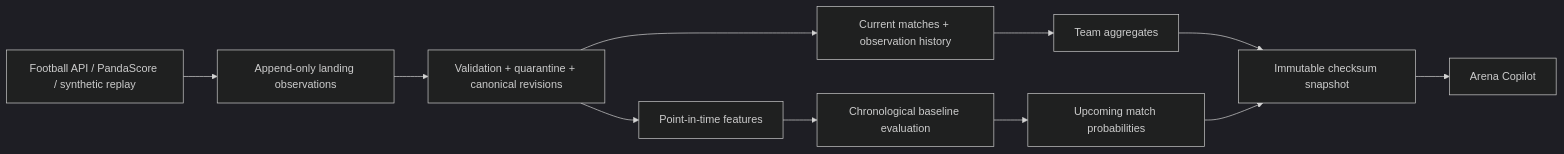
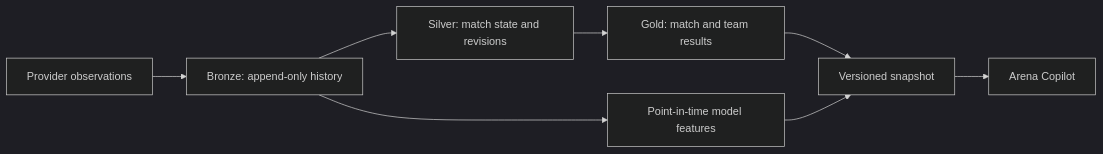
The diagram in README.md (Manuelma4/arena-lakehouse), drawn with Mermaid (dark theme) before and after one commit. The commit also changed other lines of this file and 13 other files, not shown here.

````diff
--- a/README.md
+++ b/README.md
@@ -37,13 +19,10 @@
 ```mermaid
 flowchart LR
-    A[Football API / PandaScore / synthetic replay] --> B[Append-only landing observations]
-    B --> C[Validation + quarantine + canonical revisions]
-    C --> D[Current matches + observation history]
-    D --> E[Team aggregates]
-    C --> F[Point-in-time features]
-    F --> G[Chronological baseline evaluation]
-    G --> H[Upcoming match probabilities]
-    E --> I[Immutable checksum snapshot]
-    H --> I
-    I --> J[Arena Copilot]
+    A[Provider observations] --> B[Bronze: append-only history]
+    B --> C[Silver: match state and revisions]
+    C --> D[Gold: match and team results]
+    B --> E[Point-in-time model features]
+    D --> F[Versioned snapshot]
+    E --> F
+    F --> G[Arena Copilot]
 ```
````
